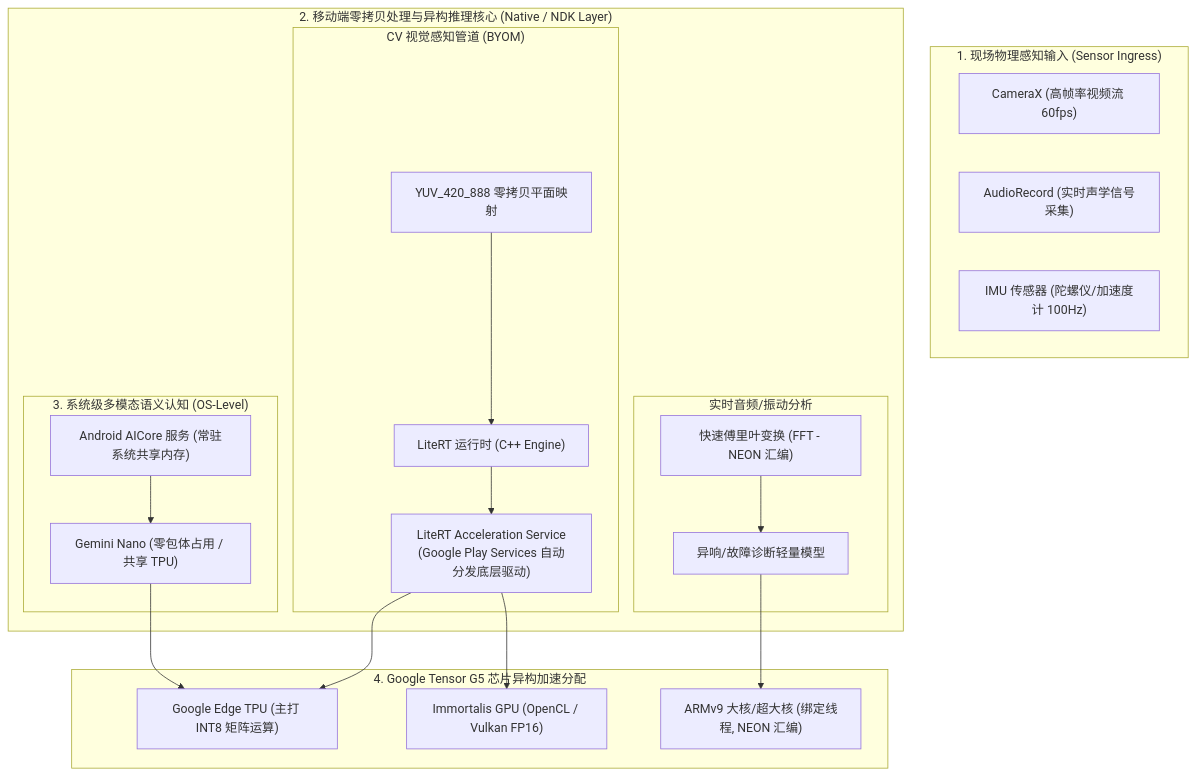
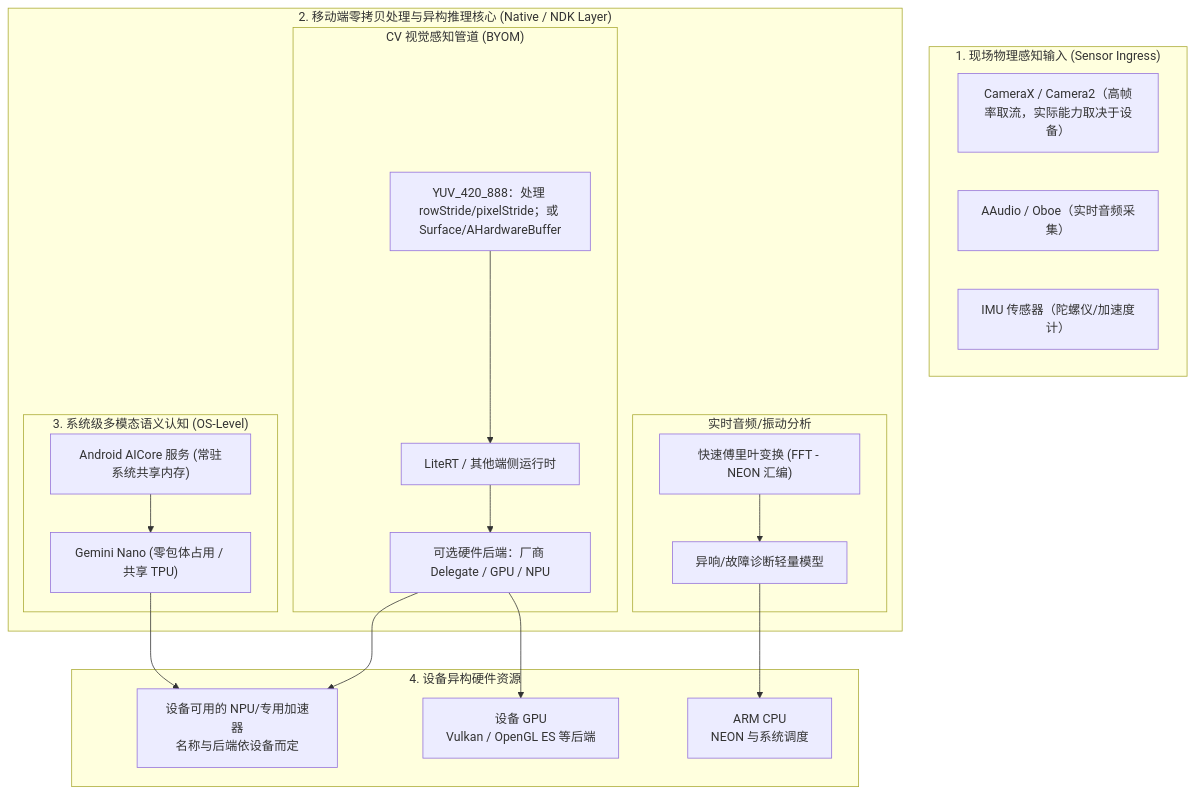
Before and after one commit to feixiao/ai: the diagram in edge_ai_workspace/android_pixel_edge/docs/ANDROID_PIXEL_EDGE_ARCHITECTURE.md, drawn with Mermaid. The commit also changed other lines of this file and 2 other files, not shown here.

Commit message:
docs: correct Android edge audio video guidance

````diff
--- a/edge_ai_workspace/android_pixel_edge/docs/ANDROID_PIXEL_EDGE_ARCHITECTURE.md
+++ b/edge_ai_workspace/android_pixel_edge/docs/ANDROID_PIXEL_EDGE_ARCHITECTURE.md
@@ -13,40 +12,39 @@
 ```mermaid
 flowchart TD
     subgraph Input["1. 现场物理感知输入 (Sensor Ingress)"]
-        Cam["CameraX (高帧率视频流 60fps)"]
-        Mic["AudioRecord (实时声学信号采集)"]
-        IMU["IMU 传感器 (陀螺仪/加速度计 100Hz)"]
+        Cam["CameraX / Camera2（高帧率取流，实际能力取决于设备）"]
+        Mic["AAudio / Oboe（实时音频采集）"]
+        IMU["IMU 传感器（陀螺仪/加速度计）"]
     end
 
     subgraph Native["2. 移动端零拷贝处理与异构推理核心 (Native / NDK Layer)"]
         subgraph PipelineCV["CV 视觉感知管道 (BYOM)"]
-            YUV["YUV_420_888 零拷贝平面映射"]
-            LiteRT["LiteRT 运行时 (C++ Engine)"]
-            LiteRT_Service["LiteRT Acceleration Service<br/>(Google Play Services 自动分发底层驱动)"]
+            YUV["YUV_420_888：处理 rowStride/pixelStride；或 Surface/AHardwareBuffer"]
+            LiteRT["LiteRT / 其他端侧运行时"]
+            LiteRT_Service["可选硬件后端：厂商 Delegate / GPU / NPU"]
             YUV --> LiteRT --> LiteRT_Service
         end
 
         subgraph PipelineAudio["实时音频/振动分析"]
             Spectrogram["快速傅里叶变换 (FFT - NEON 汇编)"]
             AudioModel["异响/故障诊断轻量模型"]
             Spectrogram --> AudioModel
         end
 
         subgraph PipelineAICore["3. 系统级多模态语义认知 (OS-Level)"]
             AICore["Android AICore 服务 (常驻系统共享内存)"]
             GeminiNano["Gemini Nano (零包体占用 / 共享 TPU)"]
             AICore --> GeminiNano
         end
     end
-
-    subgraph Hardware["4. Google Tensor G5 芯片异构加速分配"]
-        TPU["Google Edge TPU (主打 INT8 矩阵运算)"]
-        GPU["Immortalis GPU (OpenCL / Vulkan FP16)"]
-        CPU["ARMv9 大核/超大核 (绑定线程, NEON 汇编)"]
+    subgraph Hardware["4. 设备异构硬件资源"]
+        TPU["设备可用的 NPU/专用加速器<br/>名称与后端依设备而定"]
+        GPU["设备 GPU<br/>Vulkan / OpenGL ES 等后端"]
+        CPU["ARM CPU<br/>NEON 与系统调度"]
     end
 
     LiteRT_Service --> TPU
     LiteRT_Service --> GPU
     AudioModel --> CPU
     GeminiNano --> TPU
 ```
````
